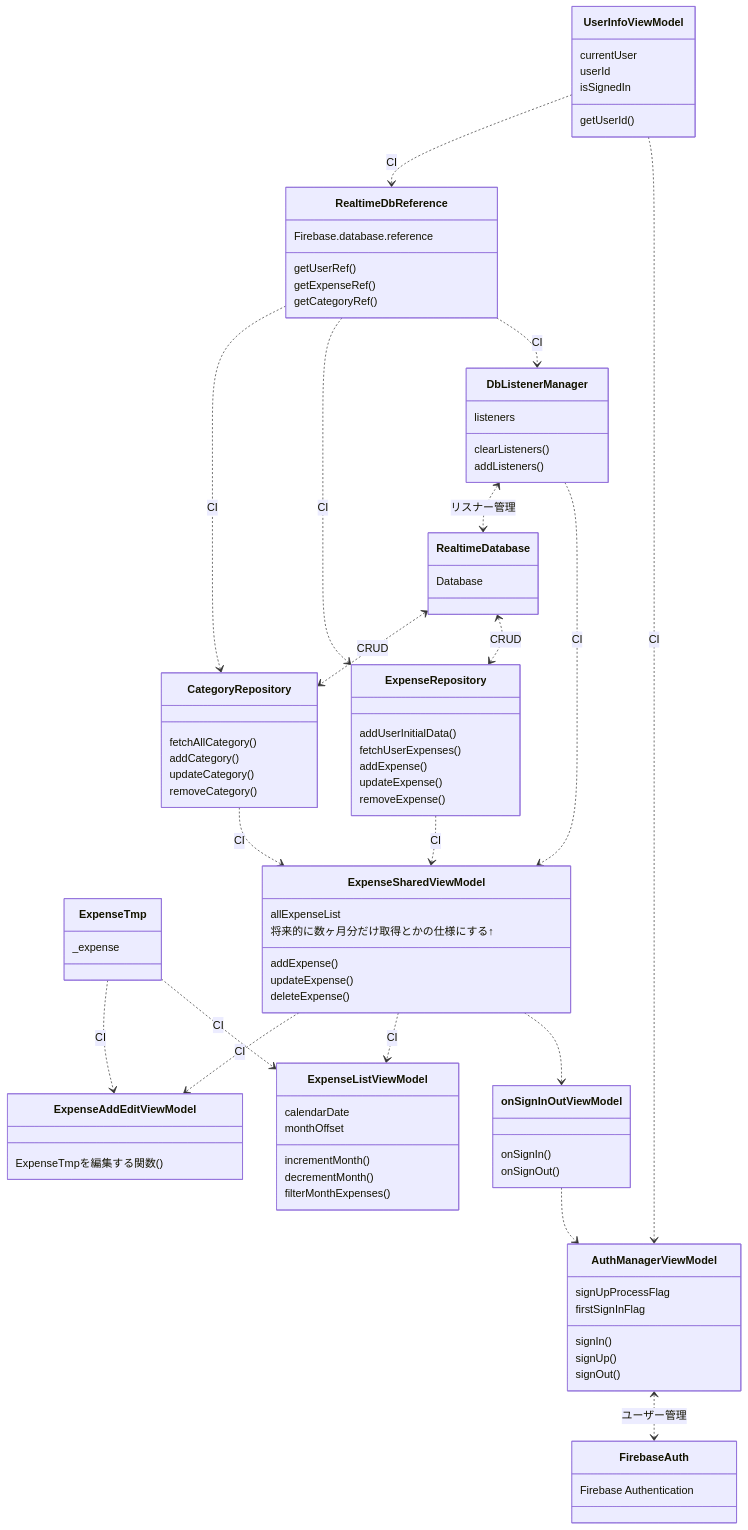
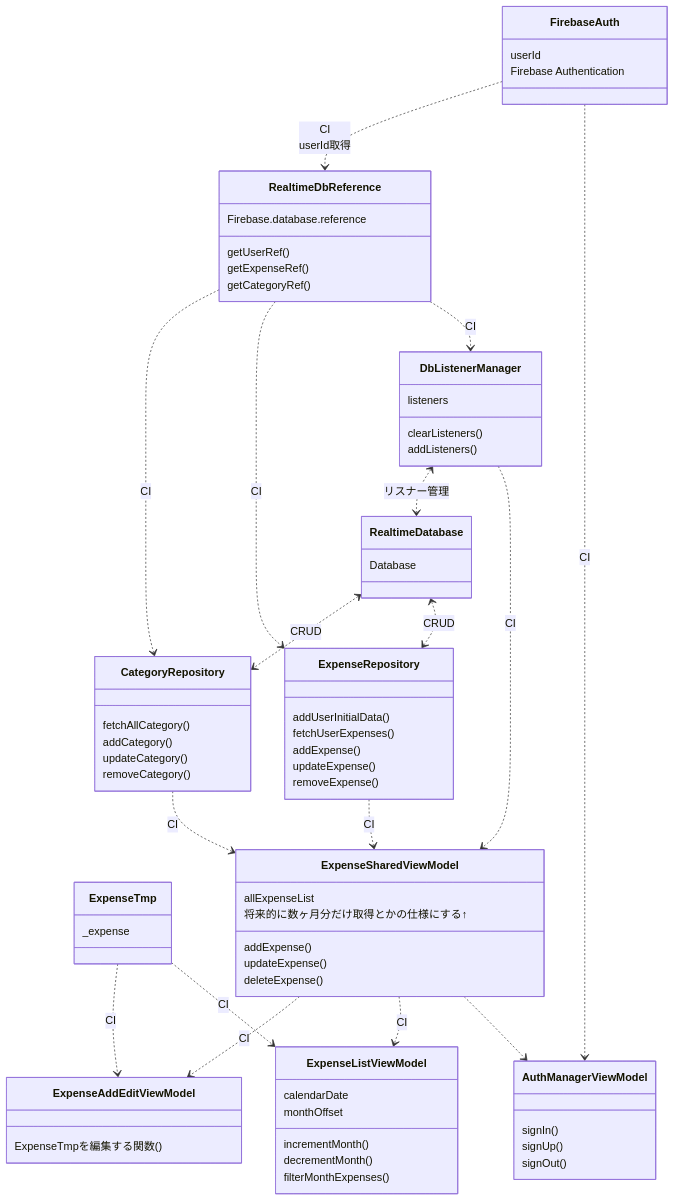
The diagram in app/src/main/java/gaku/original/myapplication/UML/ClassDiagram.md (GakuAkita/HouseholdExpenses), drawn with Mermaid before and after one commit.

Commit message:
Modified ClassDiagram. UserInfoViewModel do nothing to help me design better architecture.

`````diff
--- a/app/src/main/java/gaku/original/myapplication/UML/ClassDiagram.md
+++ b/app/src/main/java/gaku/original/myapplication/UML/ClassDiagram.md
@@ -55,13 +55,8 @@
 deleteExpense()
 }
 
-class onSignInOutViewModel{
-onSignIn()
-onSignOut()
-}
 
-onSignInOutViewModel ..> AuthManagerViewModel
-ExpenseSharedViewModel ..> onSignInOutViewModel
+ExpenseSharedViewModel ..> AuthManagerViewModel
 
 DbListenerManager ..> ExpenseSharedViewModel :CI
 ExpenseRepository ..> ExpenseSharedViewModel :CI
@@ -78,28 +73,17 @@
 getCategoryRef()
 }
 
+
 RealtimeDbReference ..> DbListenerManager : CI
 RealtimeDbReference ..> ExpenseRepository : CI
 RealtimeDbReference ..> CategoryRepository :CI
 DbListenerManager <..> RealtimeDatabase :リスナー管理
 
-%%Firebase関連がまとめられる。ユーザーとか
-class UserInfoViewModel {
-    currentUser
-    userId
-    isSignedIn
-    getUserId()
-}
-
 class AuthManagerViewModel {
-    signUpProcessFlag
-    firstSignInFlag
     signIn()
     signUp()
     signOut()
 }
-UserInfoViewModel ..> AuthManagerViewModel :CI
-UserInfoViewModel ..> RealtimeDbReference :CI
 %%キモいけどlistenerをサイン・アウト時にクリアするにはこうやって渡すしかないか～
 %% DbListenerManager ..> UserManageViewModel :CI 
 %% UserManageViewModel ..> RealtimeDbReference : CI
@@ -111,8 +95,12 @@
 RealtimeDatabase <..> CategoryRepository :CRUD
 
 class FirebaseAuth{
+userId
 Firebase Authentication
 }
-AuthManagerViewModel <..> FirebaseAuth: ユーザー管理
+
+FirebaseAuth ..> AuthManagerViewModel :CI
+
+FirebaseAuth ..> RealtimeDbReference :CI<br>userId取得
 
 ````
`````
